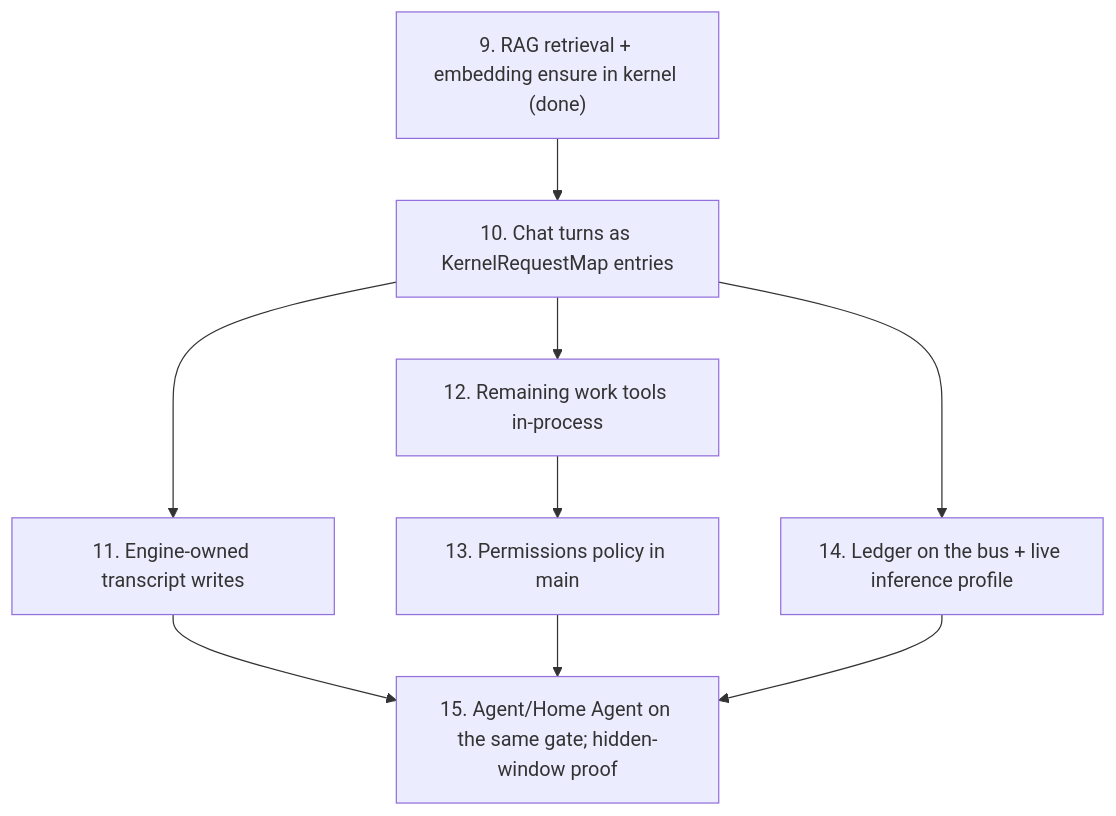
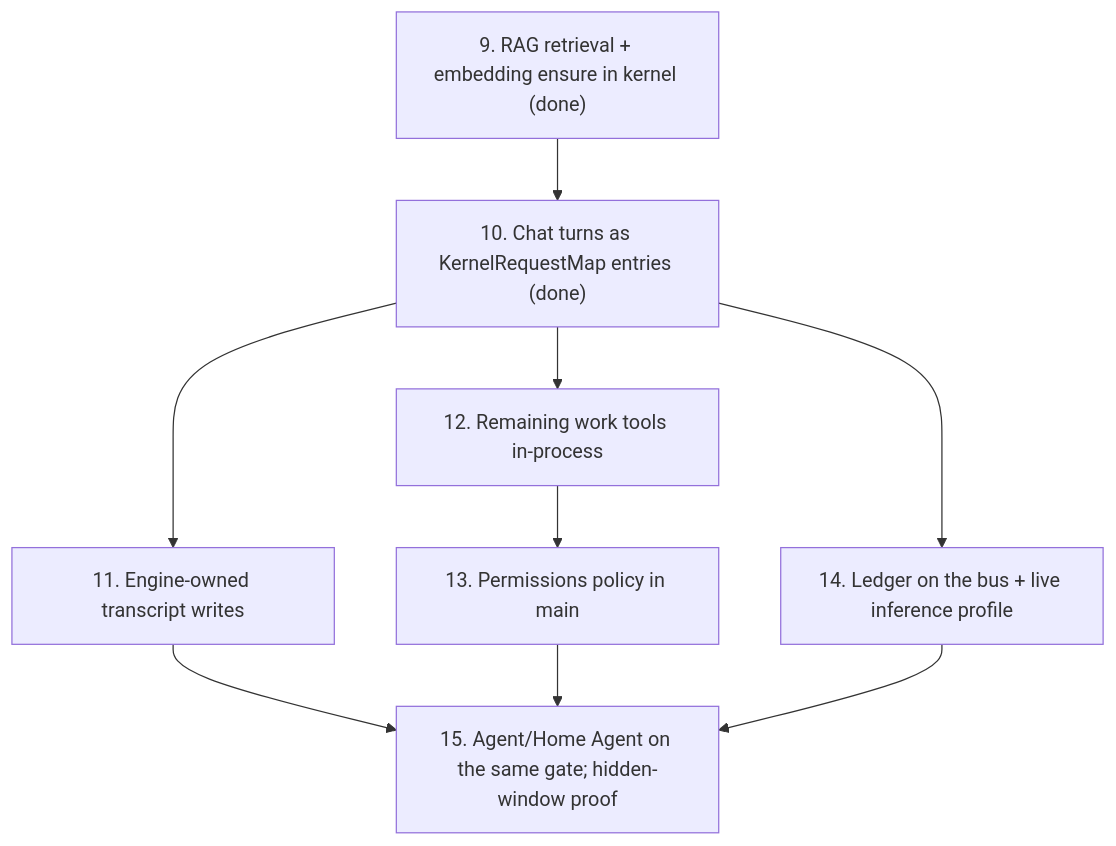
Before and after one commit to TNG/AI-Playground: the seventh of 7 diagrams in docs/architecture-target.md, drawn with Mermaid. The commit also changed other lines of this file and 11 other files, not shown here.

First line of the commit message:
feat: admit chat turns as orchestrator text requests

````diff
--- a/docs/architecture-target.md
+++ b/docs/architecture-target.md
@@ -1082,17 +1082,17 @@
 ```mermaid
 flowchart TD
   s9["9. RAG retrieval + embedding ensure in kernel (done)"]
-  s10["10. Chat turns as KernelRequestMap entries"]
+  s10["10. Chat turns as KernelRequestMap entries (done)"]
   s11["11. Engine-owned transcript writes"]
   s12["12. Remaining work tools in-process"]
   s13["13. Permissions policy in main"]
   s14["14. Ledger on the bus + live inference profile"]
   s15["15. Agent/Home Agent on the same gate; hidden-window proof"]
 
   s9 --> s10 --> s11
   s10 --> s12 --> s13
   s10 --> s14
   s11 --> s15
   s13 --> s15
   s14 --> s15
 ```
````
